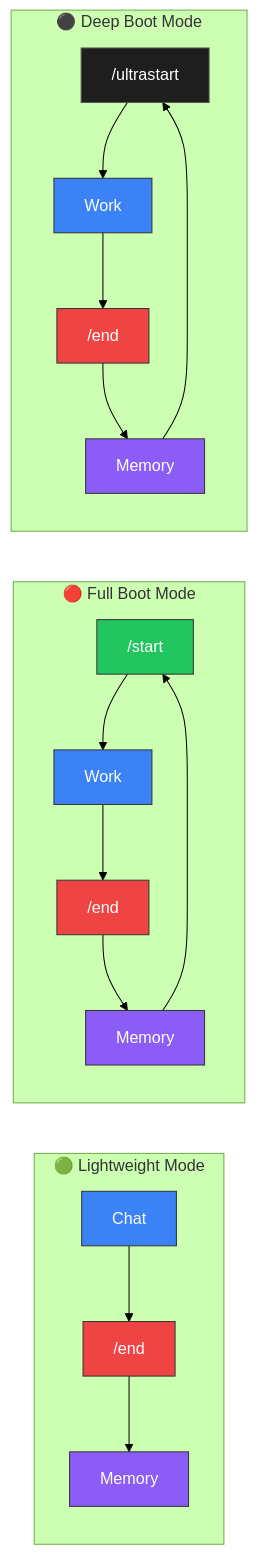
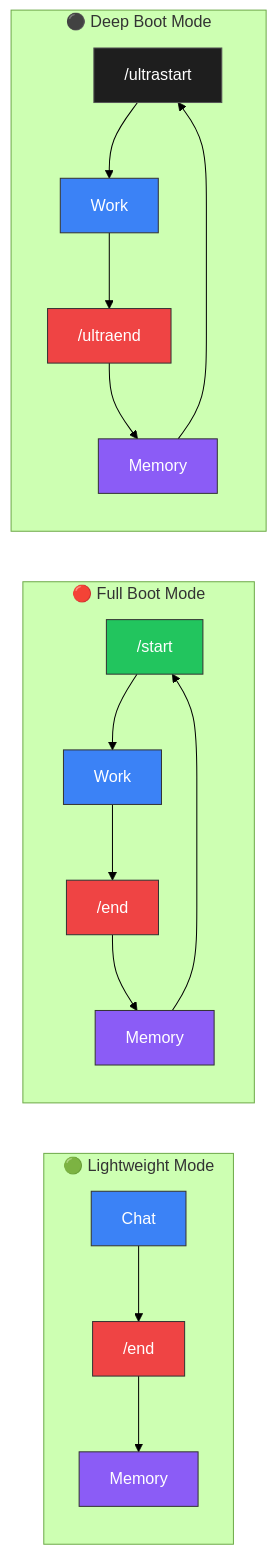
The diagram in README.md (agent-memory-atlas-archive/winstonkoh87--Athena-Public), drawn with Mermaid (forest theme) before and after one commit. The commit also changed other lines of this file and 4 other files, not shown here.

Commit message:
fix: Deep Boot flow → /ultraend across all docs and wiki

````diff
--- a/README.md
+++ b/README.md
@@ -302,33 +302,33 @@
 ```mermaid
 flowchart LR
     subgraph "🟢 Lightweight Mode"
         A1["Chat"] --> C1["/end"]
         C1 --> D1["Memory"]
     end
 
     subgraph "🔴 Full Boot Mode"
         A2["/start"] --> B2["Work"]
         B2 --> C2["/end"]
         C2 --> D2["Memory"]
         D2 --> A2
     end
 
     subgraph "⚫ Deep Boot Mode"
         A3["/ultrastart"] --> B3["Work"]
-        B3 --> C3["/end"]
+        B3 --> C3["/ultraend"]
         C3 --> D3["Memory"]
         D3 --> A3
     end
 
     style A1 fill:#3b82f6,color:#fff,stroke:#333
     style C1 fill:#ef4444,color:#fff,stroke:#333
     style D1 fill:#8b5cf6,color:#fff,stroke:#333
     style A2 fill:#22c55e,color:#fff,stroke:#333
     style C2 fill:#ef4444,color:#fff,stroke:#333
     style D2 fill:#8b5cf6,color:#fff,stroke:#333
     style B2 fill:#3b82f6,color:#fff,stroke:#333
     style A3 fill:#1e1e1e,color:#fff,stroke:#555
     style B3 fill:#3b82f6,color:#fff,stroke:#333
     style C3 fill:#ef4444,color:#fff,stroke:#333
     style D3 fill:#8b5cf6,color:#fff,stroke:#333
 ```
````
